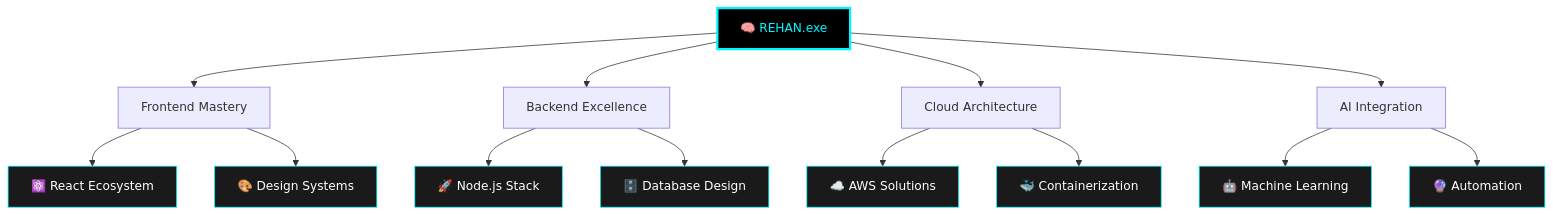
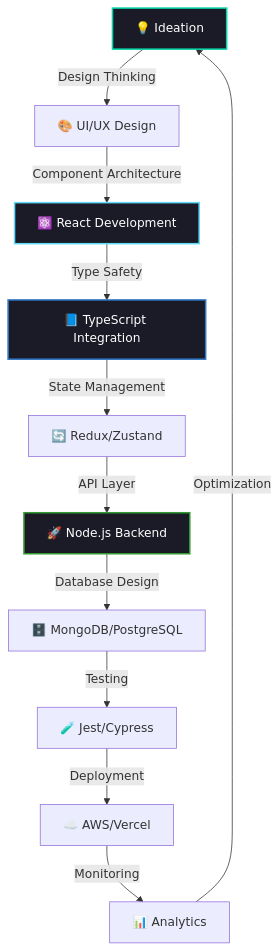
Before and after one commit to rehanali67/rehanali67: the diagram in README.md, drawn with Mermaid. The commit also changed other lines of this file, not shown here.

````diff
--- a/README.md
+++ b/README.md
@@ -240,29 +260,18 @@
 ```mermaid
-flowchart TD
-    A[🧠 REHAN.exe] --> B[Frontend Mastery]
-    A --> C[Backend Excellence] 
-    A --> D[Cloud Architecture]
-    A --> E[AI Integration]
+graph TD
+    A[💡 Ideation] -->|Design Thinking| B[🎨 UI/UX Design]
+    B -->|Component Architecture| C[⚛️ React Development]
+    C -->|Type Safety| D[📘 TypeScript Integration]
+    D -->|State Management| E[🔄 Redux/Zustand]
+    E -->|API Layer| F[🚀 Node.js Backend]
+    F -->|Database Design| G[🗄️ MongoDB/PostgreSQL]
+    G -->|Testing| H[🧪 Jest/Cypress]
+    H -->|Deployment| I[☁️ AWS/Vercel]
+    I -->|Monitoring| J[📊 Analytics]
+    J -->|Optimization| A
     
-    B --> F[⚛️ React Ecosystem]
-    B --> G[🎨 Design Systems]
-    
-    C --> H[🚀 Node.js Stack]
-    C --> I[🗄️ Database Design]
-    
-    D --> J[☁️ AWS Solutions]
-    D --> K[🐳 Containerization]
-    
-    E --> L[🤖 Machine Learning]
-    E --> M[🔮 Automation]
-    
-    style A fill:#000,stroke:#00f5ff,stroke-width:3px,color:#00f5ff
-    style F fill:#1a1a1a,stroke:#00f5ff,color:#fff
-    style G fill:#1a1a1a,stroke:#00f5ff,color:#fff
-    style H fill:#1a1a1a,stroke:#00f5ff,color:#fff
-    style I fill:#1a1a1a,stroke:#00f5ff,color:#fff
-    style J fill:#1a1a1a,stroke:#00f5ff,color:#fff
-    style K fill:#1a1a1a,stroke:#00f5ff,color:#fff
-    style L fill:#1a1a1a,stroke:#00f5ff,color:#fff
-    style M fill:#1a1a1a,stroke:#00f5ff,color:#fff
+    style A fill:#1a1b27,stroke:#00d4aa,stroke-width:2px,color:#fff
+    style C fill:#1a1b27,stroke:#61dafb,stroke-width:2px,color:#fff
+    style D fill:#1a1b27,stroke:#3178c6,stroke-width:2px,color:#fff
+    style F fill:#1a1b27,stroke:#339933,stroke-width:2px,color:#fff
 ```
````
